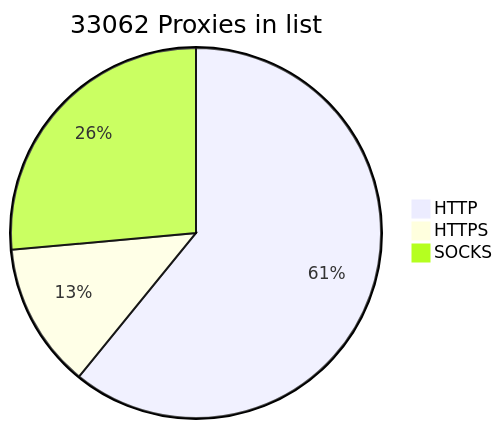
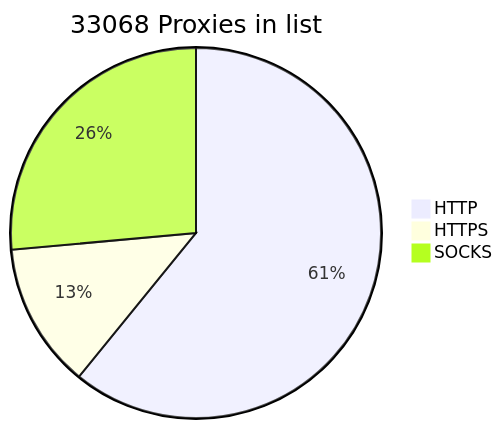
Before and after one commit to BlackSnowDot/proxylist-update-every-minute: the diagram in README.md, drawn with Mermaid.

````diff
--- a/README.md
+++ b/README.md
@@ -2,6 +2,6 @@
 ```mermaid
-pie title 33062 Proxies in list
-    "HTTP" : 22280
-    "HTTPS": 4640
-    "SOCKS" : 9678
+pie title 33068 Proxies in list
+    "HTTP" : 22284
+    "HTTPS": 4642
+    "SOCKS" : 9679
 ```
````
